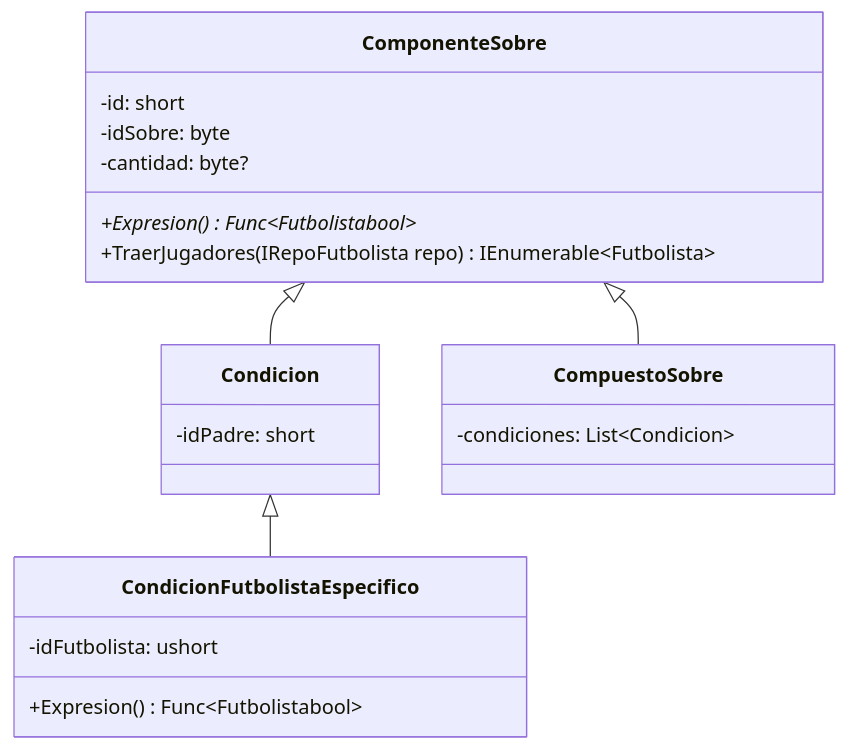
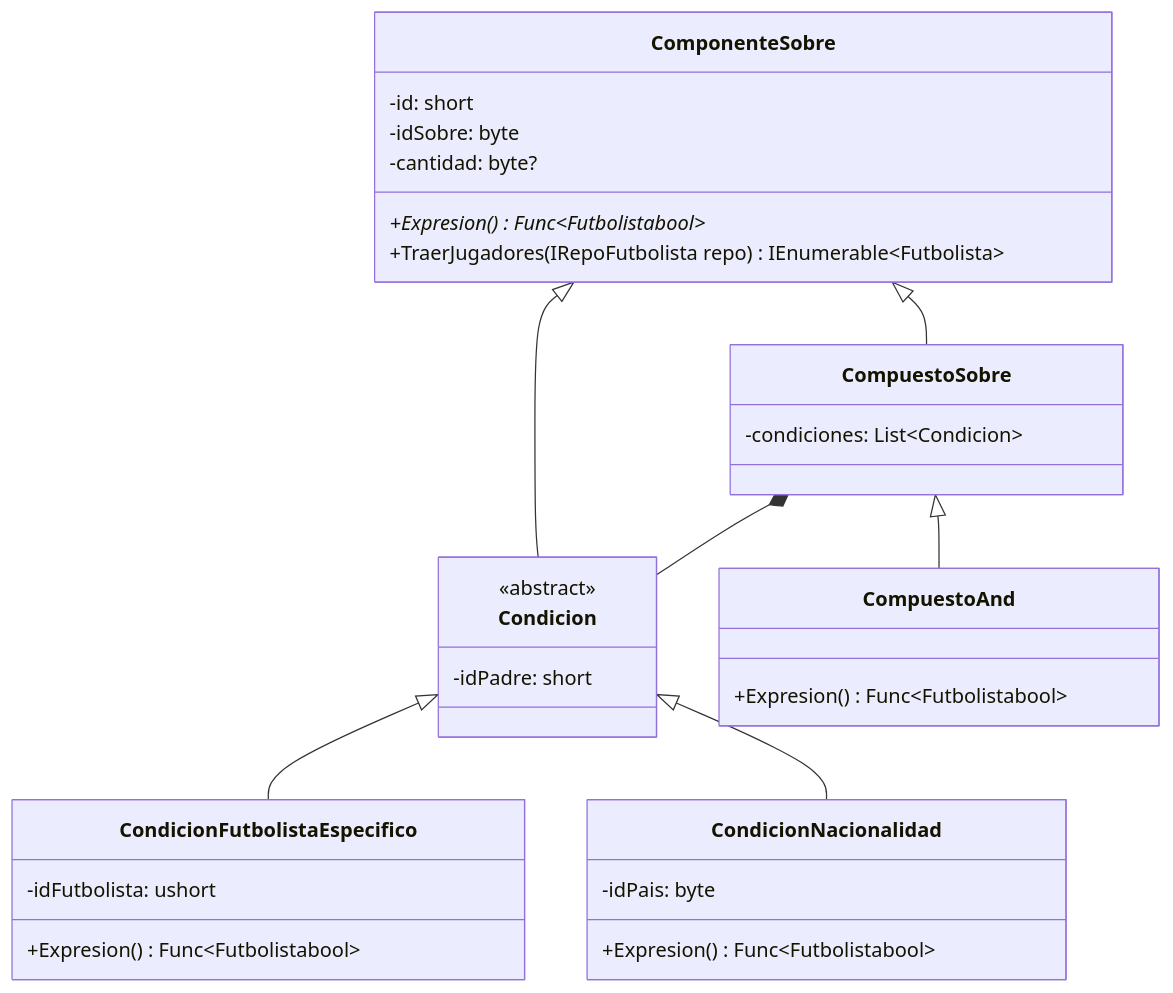
The diagram in src/Fulbo12.Core/Sobres/README.md (josesinio/Fulbo12), drawn with Mermaid before and after one commit.

````diff
--- a/src/Fulbo12.Core/Sobres/README.md
+++ b/src/Fulbo12.Core/Sobres/README.md
@@ -5,27 +5,40 @@
 ```mermaid
 classDiagram
     class ComponenteSobre{
         -id: short
         -idSobre: byte
         -cantidad: byte?
         +Expresion()* Func~Futbolistabool~
         +TraerJugadores(IRepoFutbolista repo) IEnumerable~Futbolista~
     }
 
     class Condicion{
+        <<abstract>>
         -idPadre: short
     }
     ComponenteSobre <|-- Condicion
 
     class CondicionFutbolistaEspecifico{
         -idFutbolista: ushort
         +Expresion() Func~Futbolistabool~
     }
     Condicion <|-- CondicionFutbolistaEspecifico
+
+    class CondicionNacionalidad{
+        -idPais: byte
+        +Expresion() Func~Futbolistabool~
+    }
+    Condicion <|-- CondicionNacionalidad
     
     class CompuestoSobre{
         -condiciones: List~Condicion~
     }
-    ComponenteSobre <|-- CompuestoSobre    
+    ComponenteSobre <|-- CompuestoSobre
+    CompuestoSobre *-- Condicion 
+
+    class CompuestoAnd{
+        +Expresion() Func~Futbolistabool~
+    }
+    CompuestoSobre <|-- CompuestoAnd
 
 ```
````
